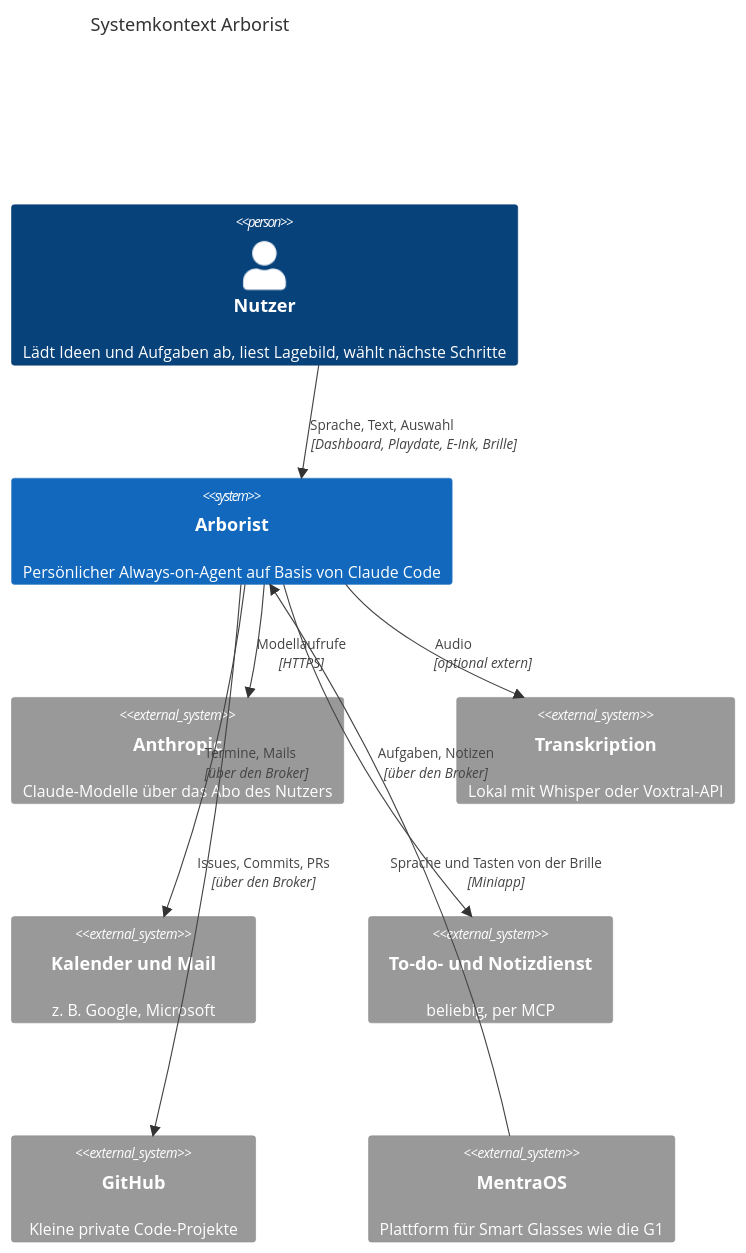
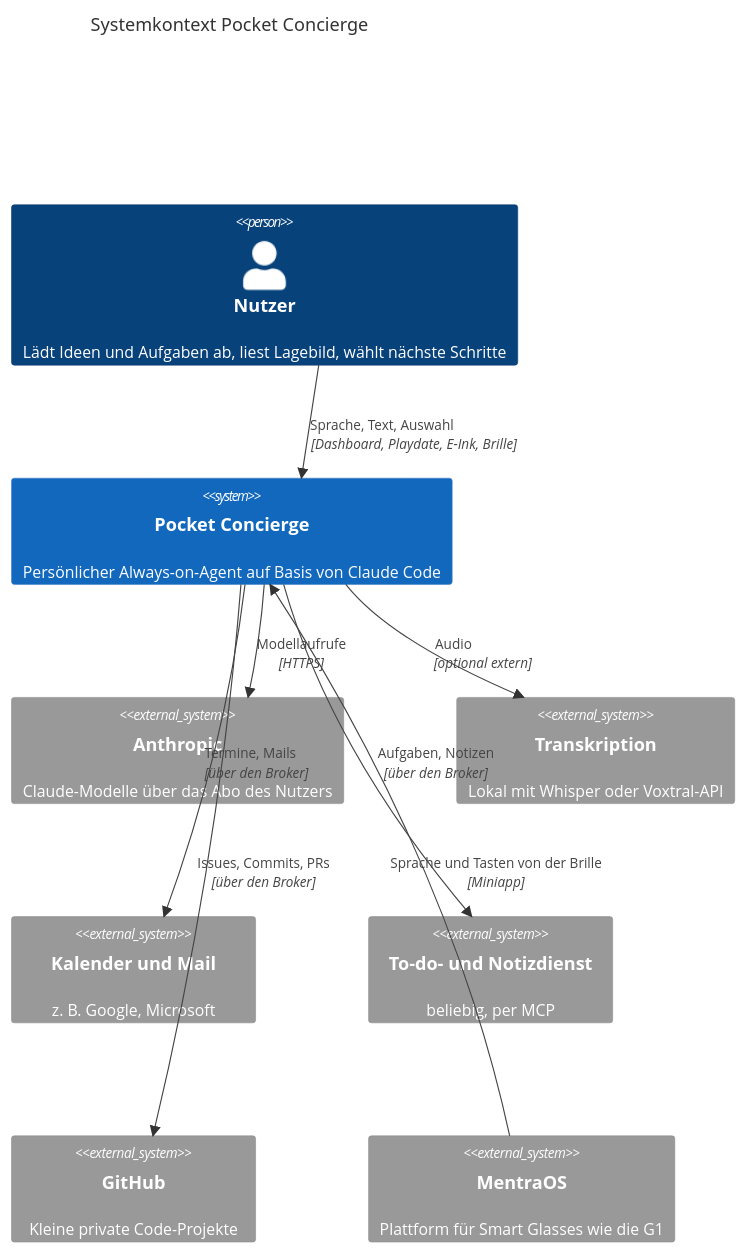
One commit to merlinbecker/playdate-claude-client changed the first of 13 diagrams in docs/arc42.md. Above: the diagram before and after it, drawn with Mermaid. The commit also changed other lines of this file and 24 other files, not shown here.

First line of the commit message:
Umbenennung: Arborist heißt jetzt Pocket Concierge

````diff
--- a/docs/arc42.md
+++ b/docs/arc42.md
@@ -49,25 +49,25 @@
 ```mermaid
 C4Context
-    title Systemkontext Arborist
+    title Systemkontext Pocket Concierge
 
     Person(user, "Nutzer", "Lädt Ideen und Aufgaben ab, liest Lagebild, wählt nächste Schritte")
 
-    System(arborist, "Arborist", "Persönlicher Always-on-Agent auf Basis von Claude Code")
+    System(pc, "Pocket Concierge", "Persönlicher Always-on-Agent auf Basis von Claude Code")
 
     System_Ext(anthropic, "Anthropic", "Claude-Modelle über das Abo des Nutzers")
     System_Ext(stt, "Transkription", "Lokal mit Whisper oder Voxtral-API")
     System_Ext(pim, "Kalender und Mail", "z. B. Google, Microsoft")
     System_Ext(todo, "To-do- und Notizdienst", "beliebig, per MCP")
     System_Ext(git, "GitHub", "Kleine private Code-Projekte")
     System_Ext(mentra, "MentraOS", "Plattform für Smart Glasses wie die G1")
 
-    Rel(user, arborist, "Sprache, Text, Auswahl", "Dashboard, Playdate, E-Ink, Brille")
-    Rel(arborist, anthropic, "Modellaufrufe", "HTTPS")
-    Rel(arborist, stt, "Audio", "optional extern")
-    Rel(arborist, pim, "Termine, Mails", "über den Broker")
-    Rel(arborist, todo, "Aufgaben, Notizen", "über den Broker")
-    Rel(arborist, git, "Issues, Commits, PRs", "über den Broker")
-    Rel(mentra, arborist, "Sprache und Tasten von der Brille", "Miniapp")
+    Rel(user, pc, "Sprache, Text, Auswahl", "Dashboard, Playdate, E-Ink, Brille")
+    Rel(pc, anthropic, "Modellaufrufe", "HTTPS")
+    Rel(pc, stt, "Audio", "optional extern")
+    Rel(pc, pim, "Termine, Mails", "über den Broker")
+    Rel(pc, todo, "Aufgaben, Notizen", "über den Broker")
+    Rel(pc, git, "Issues, Commits, PRs", "über den Broker")
+    Rel(mentra, pc, "Sprache und Tasten von der Brille", "Miniapp")
 
     UpdateLayoutConfig($c4ShapeInRow="3", $c4BoundaryInRow="1")
 ```
````
